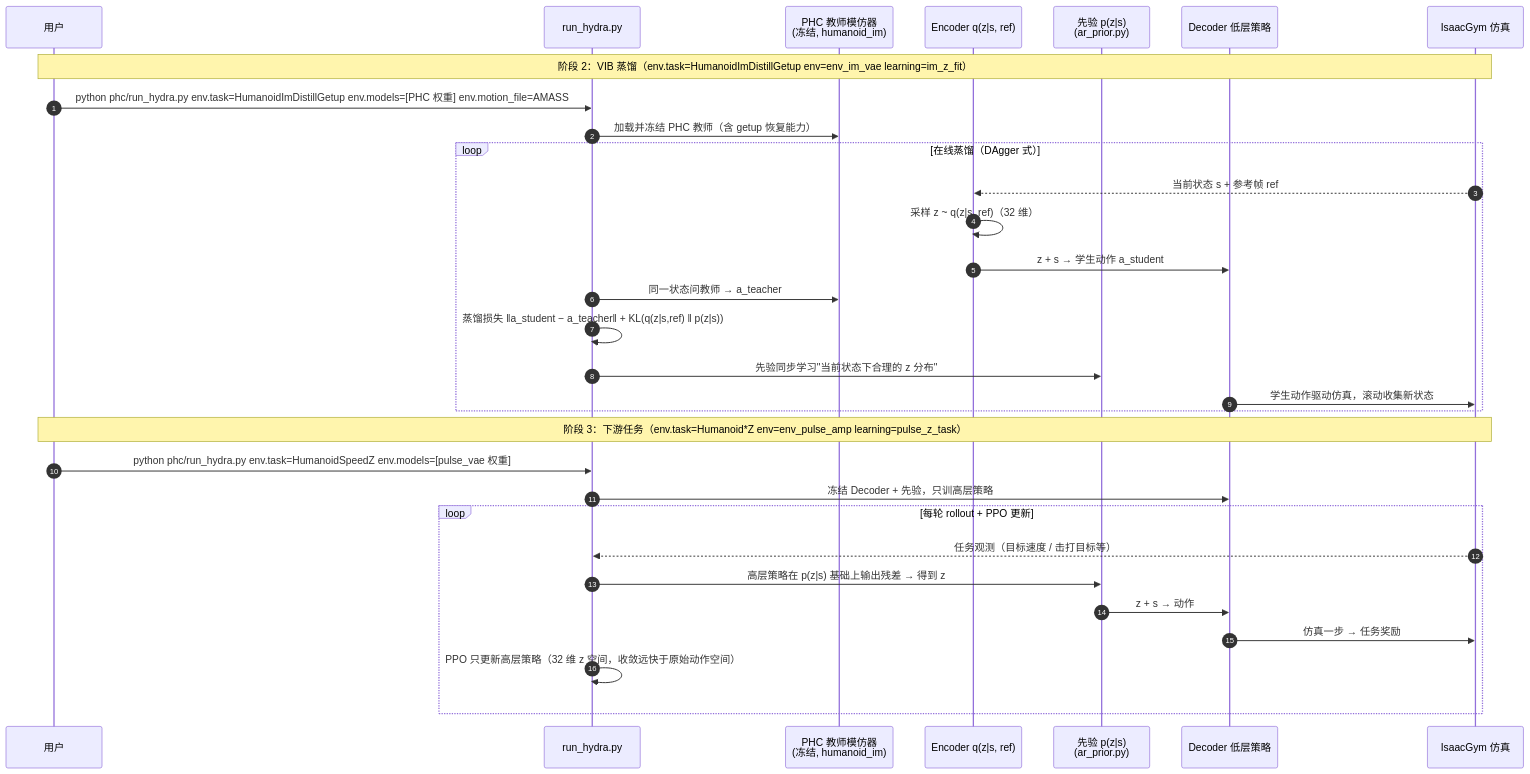
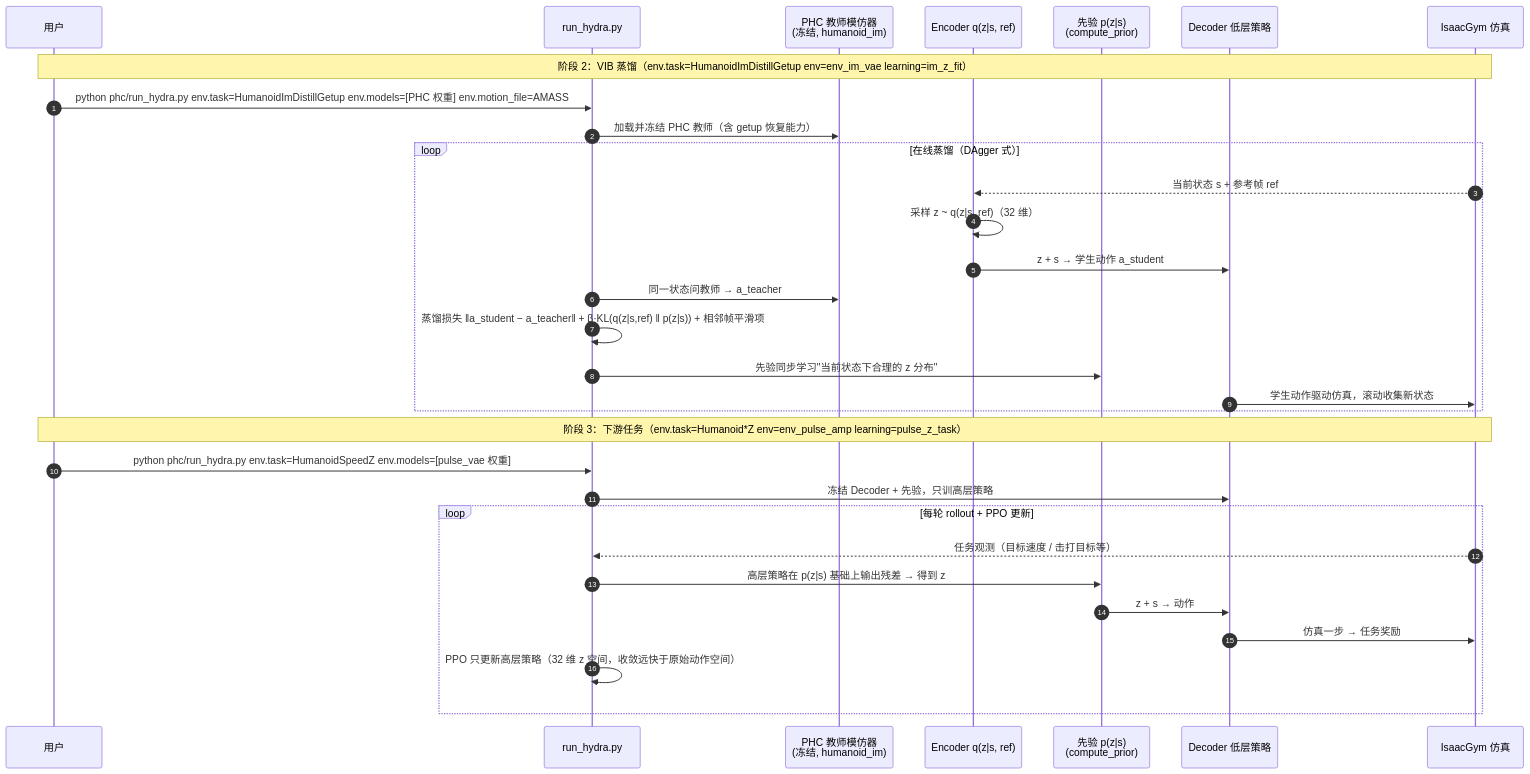
Before and after one commit to ImChong/Robot_Learning_Paper_Notebooks: the third of 3 diagrams in papers/01_Foundational_RL/PULSE_Physics-based_Universal_Latent_Space/PULSE_Physics-based_Universal_Latent_Space.md, drawn with Mermaid. The commit also changed other lines of this file and 3 other files, not shown here.

```diff
--- a/papers/01_Foundational_RL/PULSE_Physics-based_Universal_Latent_Space/PULSE_Physics-based_Universal_Latent_Space.md
+++ b/papers/01_Foundational_RL/PULSE_Physics-based_Universal_Latent_Space/PULSE_Physics-based_Universal_Latent_Space.md
@@ -185,33 +191,33 @@
 <div class="mermaid">
 sequenceDiagram
     autonumber
     participant U as 用户
     participant R as run_hydra.py
     participant T as PHC 教师模仿器<br/>(冻结, humanoid_im)
     participant ENC as Encoder q(z|s, ref)
-    participant PRI as 先验 p(z|s)<br/>(ar_prior.py)
+    participant PRI as 先验 p(z|s)<br/>(compute_prior)
     participant DEC as Decoder 低层策略
     participant S as IsaacGym 仿真
     Note over U,S: 阶段 2：VIB 蒸馏（env.task=HumanoidImDistillGetup env=env_im_vae learning=im_z_fit）
     U->>R: python phc/run_hydra.py env.task=HumanoidImDistillGetup env.models=[PHC 权重] env.motion_file=AMASS
     R->>T: 加载并冻结 PHC 教师（含 getup 恢复能力）
     loop 在线蒸馏（DAgger 式）
         S-->>ENC: 当前状态 s + 参考帧 ref
         ENC->>ENC: 采样 z ~ q(z|s, ref)（32 维）
         ENC->>DEC: z + s → 学生动作 a_student
         R->>T: 同一状态问教师 → a_teacher
-        R->>R: 蒸馏损失 ‖a_student − a_teacher‖ + KL(q(z|s,ref) ‖ p(z|s))
+        R->>R: 蒸馏损失 ‖a_student − a_teacher‖ + β·KL(q(z|s,ref) ‖ p(z|s)) + 相邻帧平滑项
         R->>PRI: 先验同步学习"当前状态下合理的 z 分布"
         DEC->>S: 学生动作驱动仿真，滚动收集新状态
     end
     Note over U,S: 阶段 3：下游任务（env.task=Humanoid*Z env=env_pulse_amp learning=pulse_z_task）
     U->>R: python phc/run_hydra.py env.task=HumanoidSpeedZ env.models=[pulse_vae 权重]
     R->>DEC: 冻结 Decoder + 先验，只训高层策略
     loop 每轮 rollout + PPO 更新
         S-->>R: 任务观测（目标速度 / 击打目标等）
         R->>PRI: 高层策略在 p(z|s) 基础上输出残差 → 得到 z
         PRI->>DEC: z + s → 动作
         DEC->>S: 仿真一步 → 任务奖励
         R->>R: PPO 只更新高层策略（32 维 z 空间，收敛远快于原始动作空间）
     end
 </div>
```
